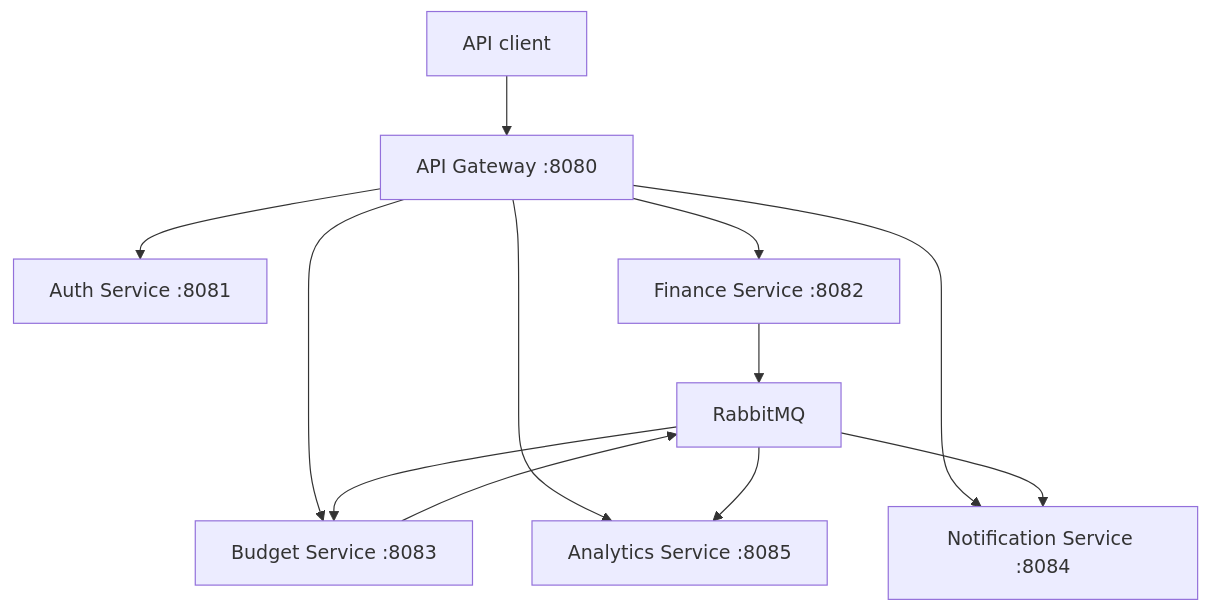
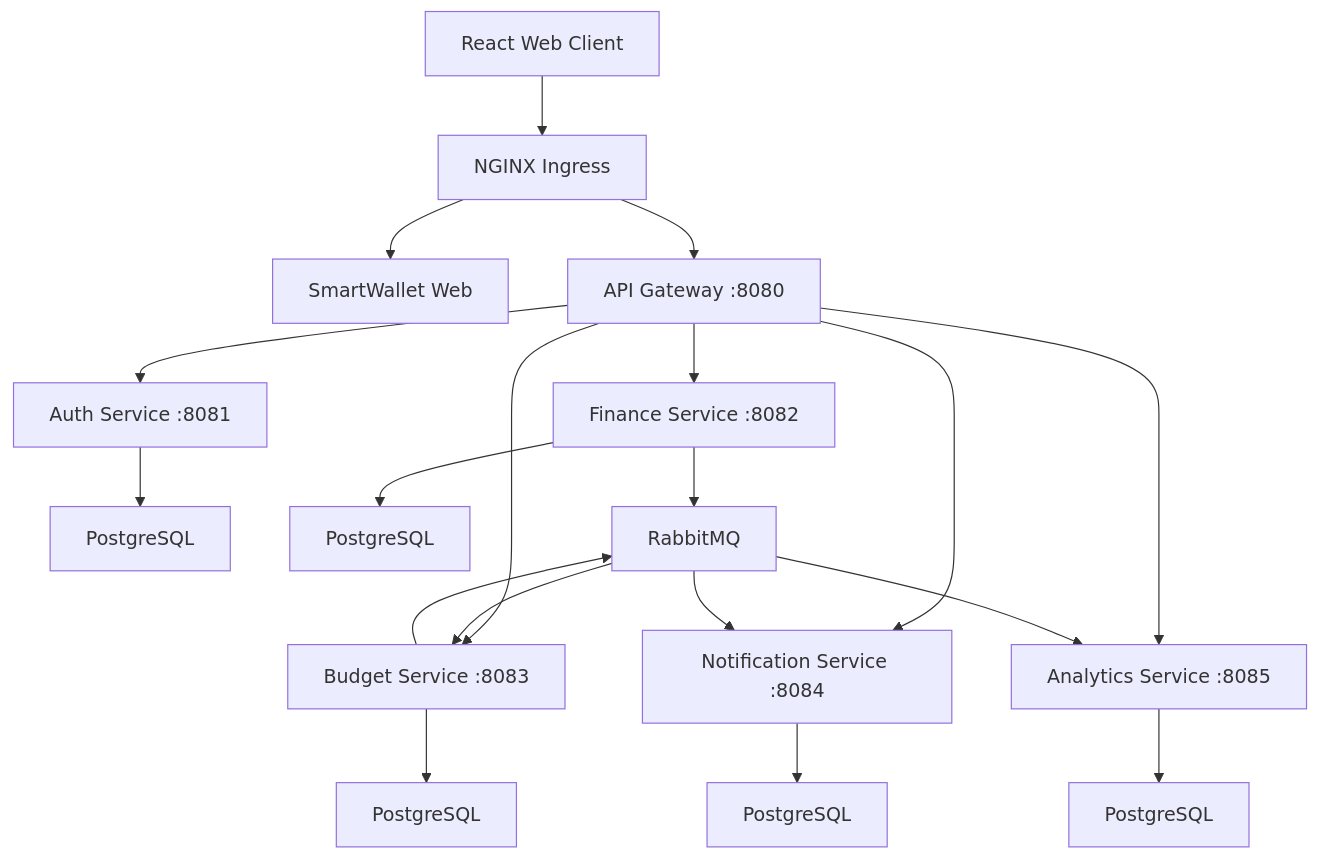
Before and after one commit to MertDikdas/SmartWallet: the diagram in README.md, drawn with Mermaid. The commit also changed other lines of this file, not shown here.

````diff
--- a/README.md
+++ b/README.md
@@ -21,14 +30,24 @@
 ```mermaid
 flowchart TD
-    Client["API client"] --> Gateway["API Gateway :8080"]
+    Client["React Web Client"] --> Ingress["NGINX Ingress"]
+    Ingress --> Web["SmartWallet Web"]
+    Ingress --> Gateway["API Gateway :8080"]
+
     Gateway --> Auth["Auth Service :8081"]
     Gateway --> Finance["Finance Service :8082"]
     Gateway --> Budget["Budget Service :8083"]
     Gateway --> Notify["Notification Service :8084"]
     Gateway --> Analytics["Analytics Service :8085"]
+
+    Auth --> AuthDB["PostgreSQL"]
+    Finance --> FinanceDB["PostgreSQL"]
+    Budget --> BudgetDB["PostgreSQL"]
+    Notify --> NotifyDB["PostgreSQL"]
+    Analytics --> AnalyticsDB["PostgreSQL"]
+
     Finance --> Rabbit["RabbitMQ"]
     Rabbit --> Budget
     Rabbit --> Analytics
     Budget --> Rabbit
     Rabbit --> Notify
 ```
````
